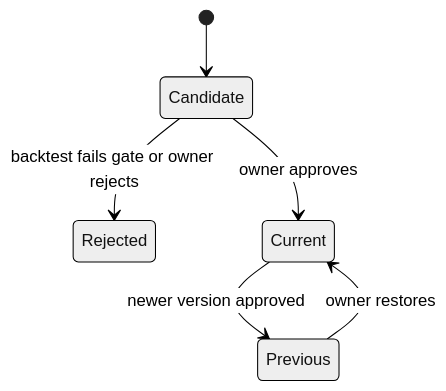
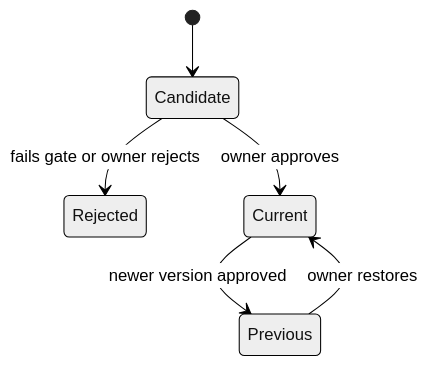
Before and after one commit to jmanico/oracle-buffet: the fifth of 5 diagrams in ARCHITECTURE.md, drawn with Mermaid (neutral theme). The commit also changed other lines of this file and 1 other file, not shown here.

Commit message:
Resolve architecture open questions

````diff
--- a/ARCHITECTURE.md
+++ b/ARCHITECTURE.md
@@ -176,8 +184,8 @@
 ```mermaid
 stateDiagram-v2
   [*] --> Candidate
-  Candidate --> Rejected: backtest fails gate or owner rejects
+  Candidate --> Rejected: fails gate or owner rejects
   Candidate --> Current: owner approves
   Current --> Previous: newer version approved
   Previous --> Current: owner restores
 ```
````
